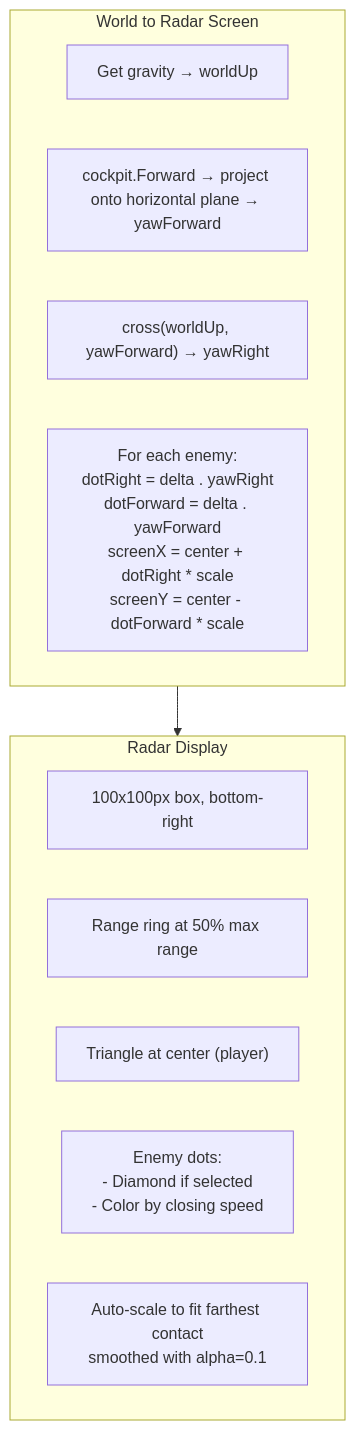
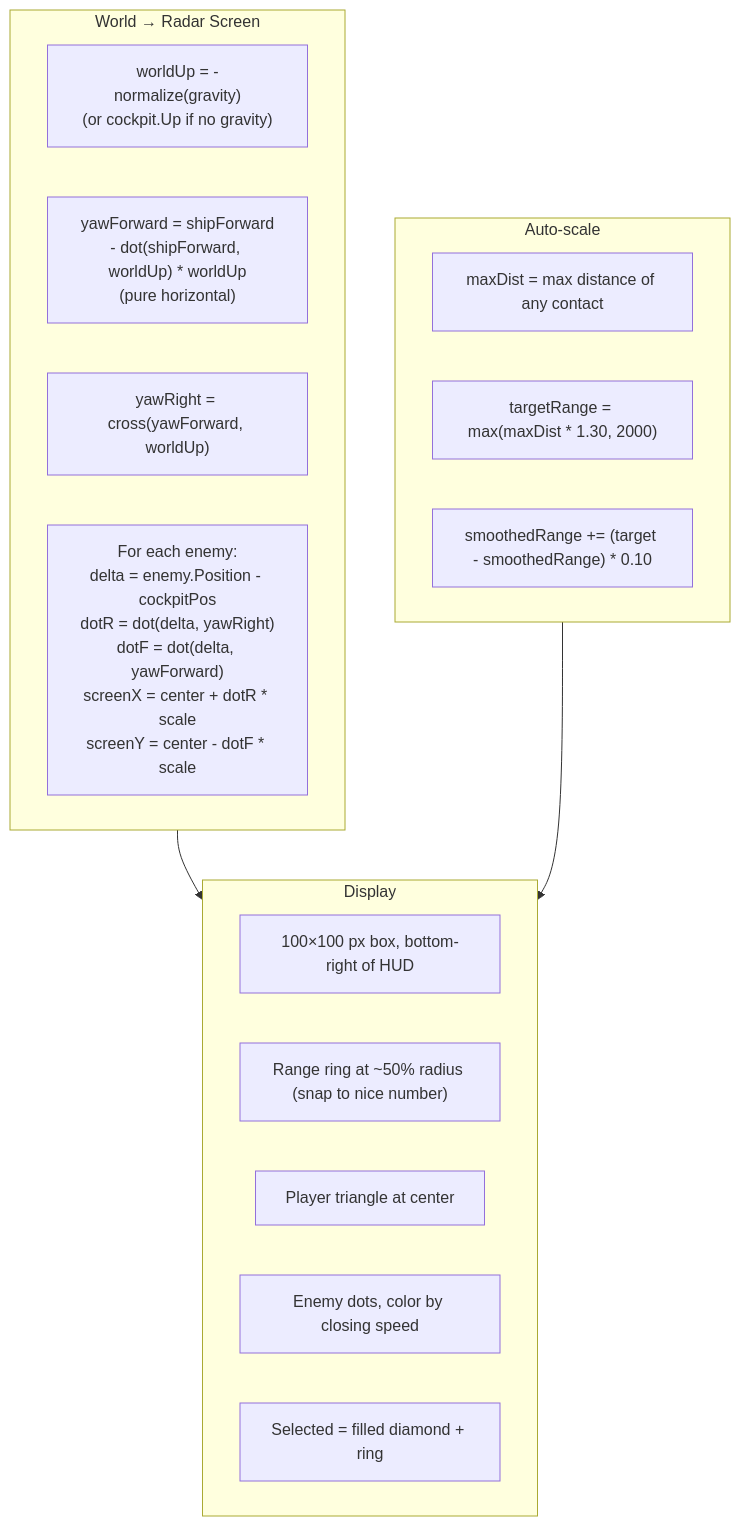
One commit to Terilia/JetOS changed the fifth of 9 diagrams in docs/hud-rendering.md. Above: the diagram before and after it, drawn with Mermaid. The commit also changed other lines of this file and 23 other files, not shown here.

````diff
--- a/docs/hud-rendering.md
+++ b/docs/hud-rendering.md
@@ -133,19 +172,26 @@
 ```mermaid
 flowchart TD
-    subgraph Projection ["World to Radar Screen"]
-        GRAV["Get gravity → worldUp"]
-        FWD["cockpit.Forward → project onto horizontal plane → yawForward"]
-        RIGHT["cross(worldUp, yawForward) → yawRight"]
-        PROJ["For each enemy:\ndotRight = delta . yawRight\ndotForward = delta . yawForward\nscreenX = center + dotRight * scale\nscreenY = center - dotForward * scale"]
+    subgraph Proj ["World → Radar Screen"]
+        GRAV["worldUp = -normalize(gravity)<br/>(or cockpit.Up if no gravity)"]
+        FWD["yawForward = shipForward<br/>- dot(shipForward, worldUp) * worldUp<br/>(pure horizontal)"]
+        RT["yawRight = cross(yawForward, worldUp)"]
+        LOOP["For each enemy:<br/>delta = enemy.Position - cockpitPos<br/>dotR = dot(delta, yawRight)<br/>dotF = dot(delta, yawForward)<br/>screenX = center + dotR * scale<br/>screenY = center - dotF * scale"]
     end
 
-    subgraph Display ["Radar Display"]
-        FRAME["100x100px box, bottom-right"]
-        RING["Range ring at 50% max range"]
-        PLAYER["Triangle at center (player)"]
-        CONTACTS["Enemy dots:\n- Diamond if selected\n- Color by closing speed"]
-        RANGE["Auto-scale to fit farthest contact\nsmoothed with alpha=0.1"]
+    subgraph Scale ["Auto-scale"]
+        MD["maxDist = max distance of any contact"]
+        TR["targetRange = max(maxDist * 1.30, 2000)"]
+        SR["smoothedRange += (target - smoothedRange) * 0.10"]
     end
 
-    Projection --> Display
+    subgraph Disp ["Display"]
+        FRAME["100×100 px box, bottom-right of HUD"]
+        RING["Range ring at ~50% radius (snap to nice number)"]
+        PT["Player triangle at center"]
+        EN["Enemy dots, color by closing speed"]
+        SEL["Selected = filled diamond + ring"]
+    end
+
+    Proj --> Disp
+    Scale --> Disp
 ```
````
